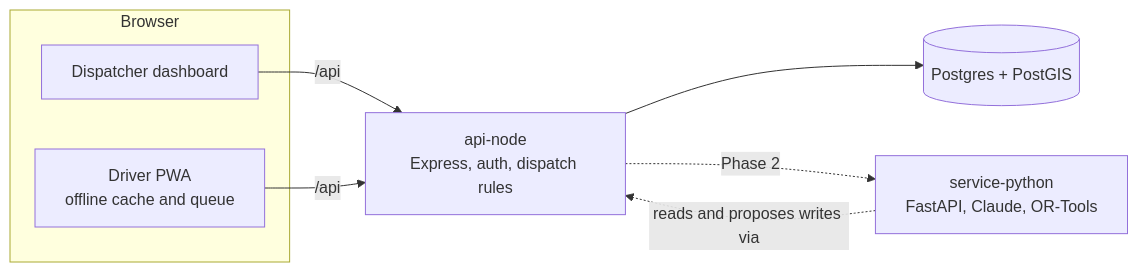
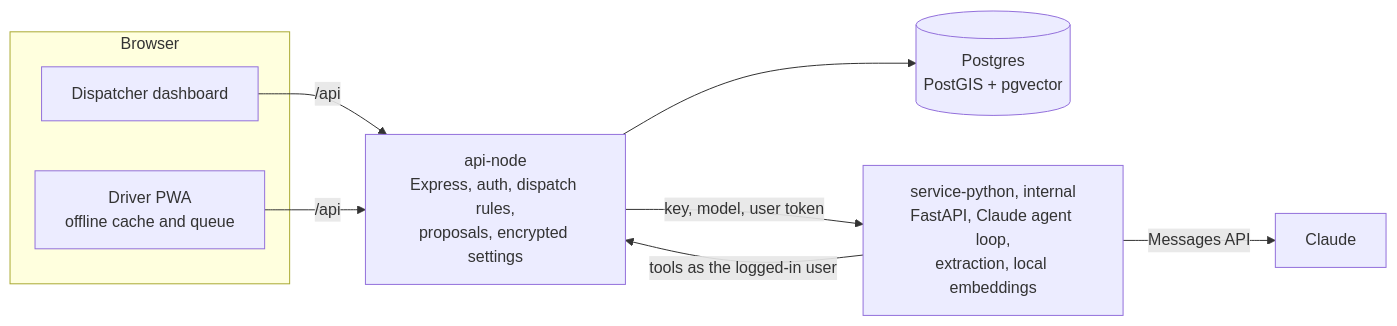
One commit to blackadeyemi/logistics-routing changed the diagram in README.md. Above: the diagram before and after it, drawn with Mermaid. The commit also changed other lines of this file and 51 other files, not shown here.

First line of the commit message:
Phase 2 complete: dispatch copilot, knowledge search and evals

````diff
--- a/README.md
+++ b/README.md
@@ -39,12 +61,13 @@
 ```mermaid
 flowchart LR
   subgraph Browser
     D[Dispatcher dashboard]
     P[Driver PWA<br/>offline cache and queue]
   end
   D -- /api --> A
   P -- /api --> A
-  A[api-node<br/>Express, auth, dispatch rules] --> DB[(Postgres + PostGIS)]
-  A -. Phase 2 .-> S[service-python<br/>FastAPI, Claude, OR-Tools]
-  S -. reads and proposes writes via .-> A
+  A[api-node<br/>Express, auth, dispatch rules,<br/>proposals, encrypted settings] --> DB[(Postgres<br/>PostGIS + pgvector)]
+  A -- key, model, user token --> S[service-python, internal<br/>FastAPI, Claude agent loop,<br/>extraction, local embeddings]
+  S -- tools as the logged-in user --> A
+  S -- Messages API --> C[Claude]
 ```
````
